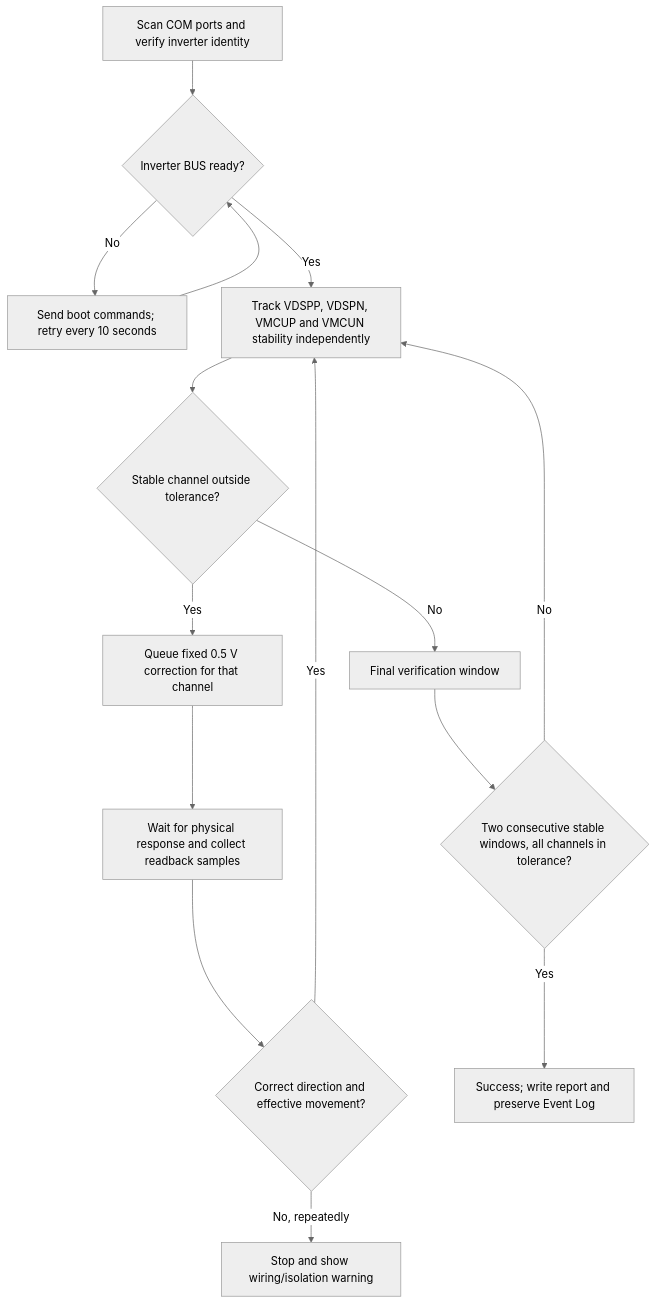
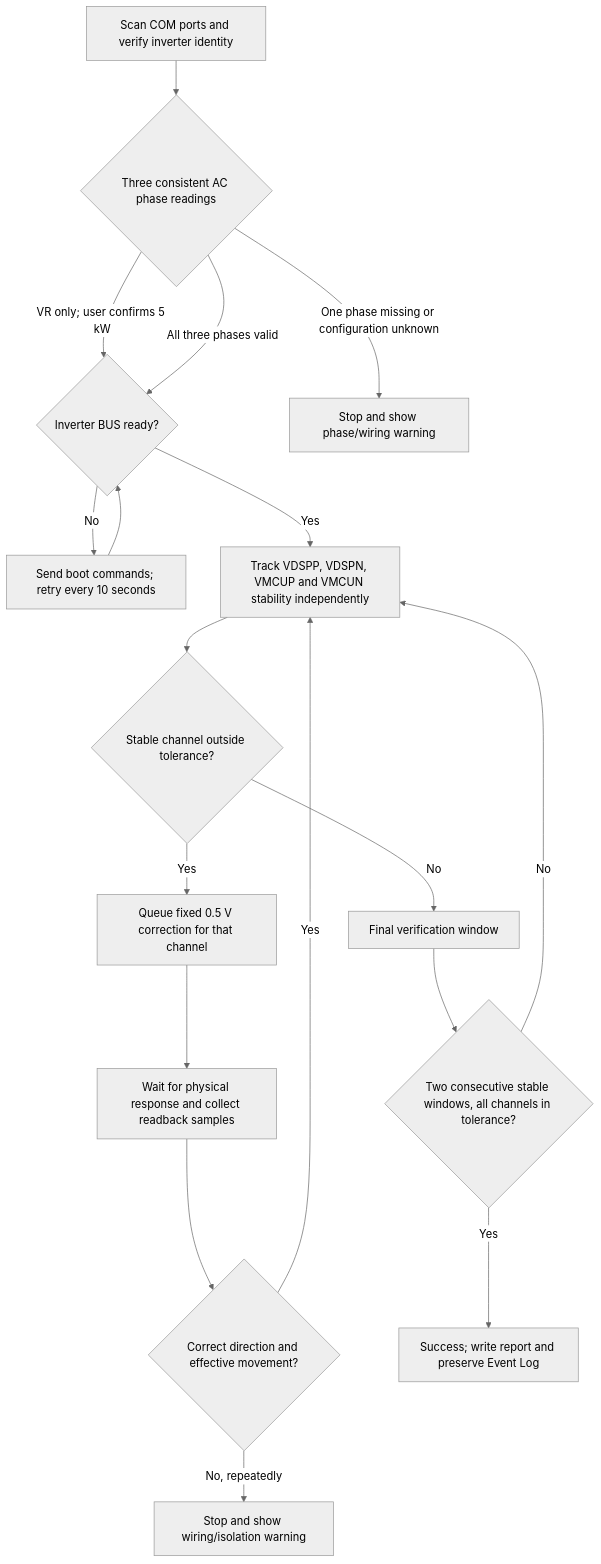
Before and after one commit to tatsuo25103/BUS-Voltage-Correction: the diagram in README.md, drawn with Mermaid (neutral theme). The commit also changed other lines of this file and 6 other files, not shown here.

````diff
--- a/README.md
+++ b/README.md
@@ -138,17 +142,20 @@
 ```mermaid
 flowchart TD
-    A["Scan COM ports and verify inverter identity"] --> B{"Inverter BUS ready?"}
+    A["Scan COM ports and verify inverter identity"] --> P{"Three consistent AC phase readings"}
+    P -- "VR only; user confirms 5 kW" --> B{"Inverter BUS ready?"}
+    P -- "All three phases valid" --> B
+    P -- "One phase missing or configuration unknown" --> PX["Stop and show phase/wiring warning"]
     B -- "No" --> C["Send boot commands; retry every 10 seconds"]
     C --> B
     B -- "Yes" --> D["Track VDSPP, VDSPN, VMCUP and VMCUN stability independently"]
     D --> E{"Stable channel outside tolerance?"}
     E -- "Yes" --> F["Queue fixed 0.5 V correction for that channel"]
     F --> G["Wait for physical response and collect readback samples"]
     G --> H{"Correct direction and effective movement?"}
     H -- "Yes" --> D
     H -- "No, repeatedly" --> X["Stop and show wiring/isolation warning"]
     E -- "No" --> I["Final verification window"]
     I --> J{"Two consecutive stable windows, all channels in tolerance?"}
     J -- "No" --> D
     J -- "Yes" --> K["Success; write report and preserve Event Log"]
 ```
````
